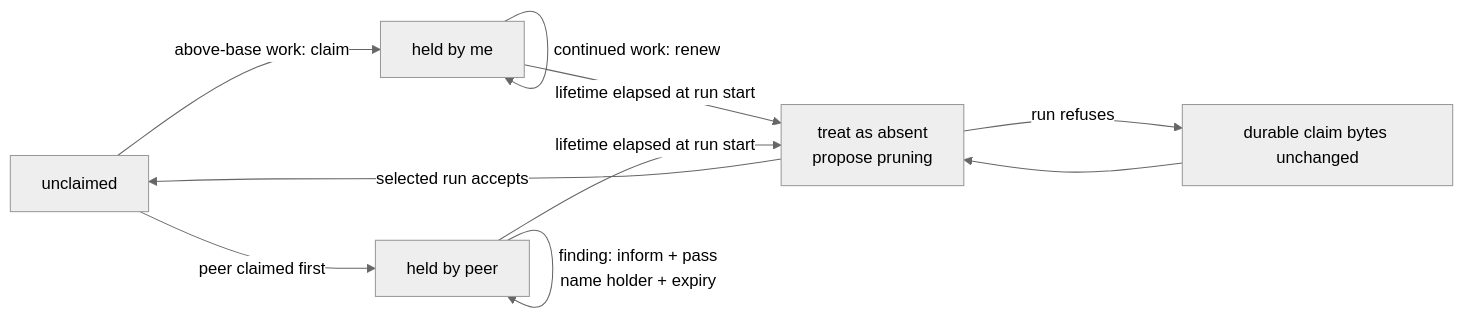
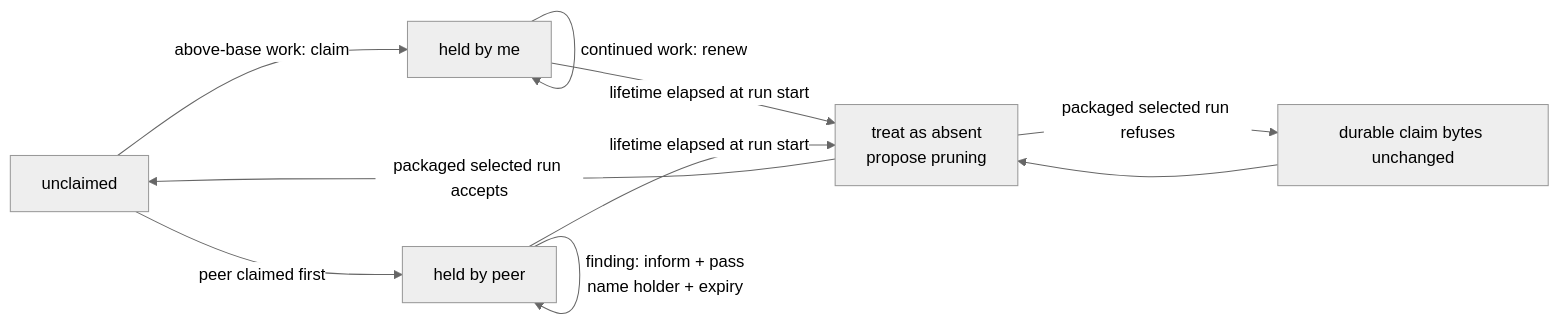
One commit to infimalabs/spice-rust changed the eighth of 13 diagrams in docs/product/checks.md. Above: the diagram before and after it, drawn with Mermaid (neutral theme). The commit also changed other lines of this file and 120 other files, not shown here.

````diff
--- a/docs/product/checks.md
+++ b/docs/product/checks.md
@@ -219,12 +248,12 @@
 ```mermaid
 flowchart LR
   U[unclaimed] -->|"above-base work: claim"| M["held by me"]
   M -->|"continued work: renew"| M
   M -->|"lifetime elapsed at run start"| X["treat as absent<br/>propose pruning"]
   U -->|"peer claimed first"| P["held by peer"]
   P -->|"finding: inform + pass<br/>name holder + expiry"| P
   P -->|"lifetime elapsed at run start"| X
-  X -->|"selected run accepts"| U
-  X -->|"run refuses"| D["durable claim bytes unchanged"]
+  X -->|"packaged selected run accepts"| U
+  X -->|"packaged selected run refuses"| D["durable claim bytes unchanged"]
   D --> X
 ```
````
